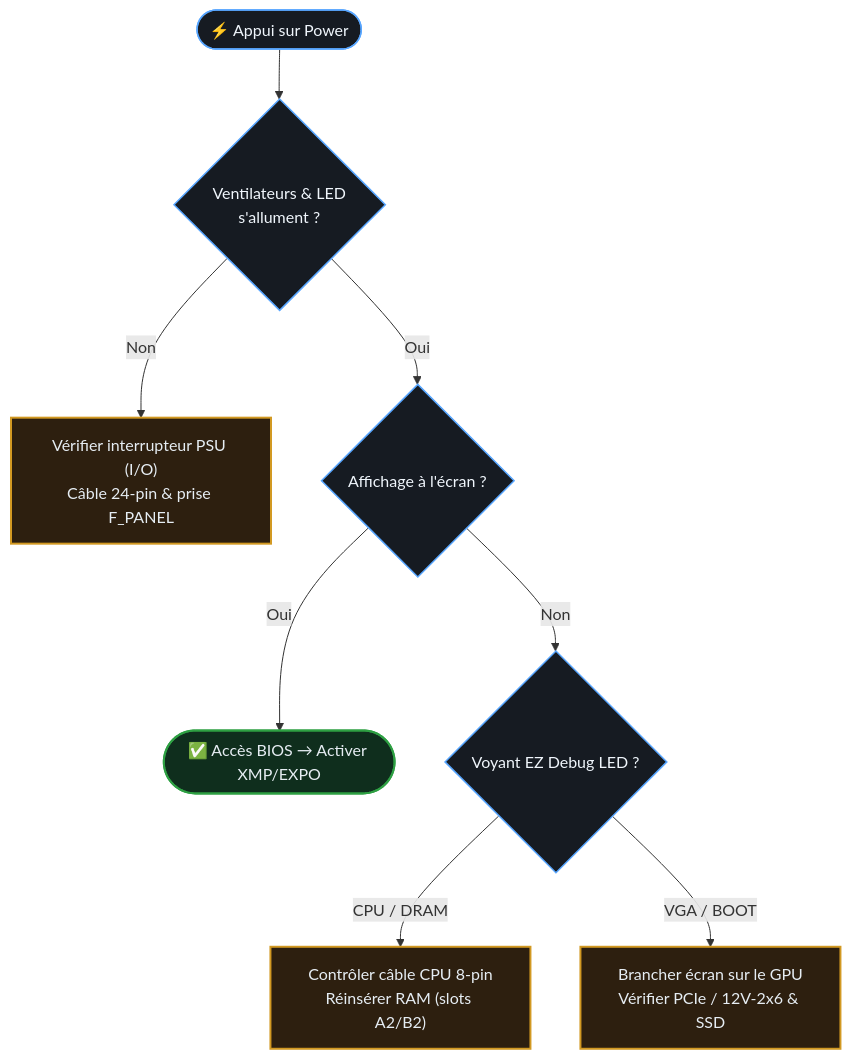
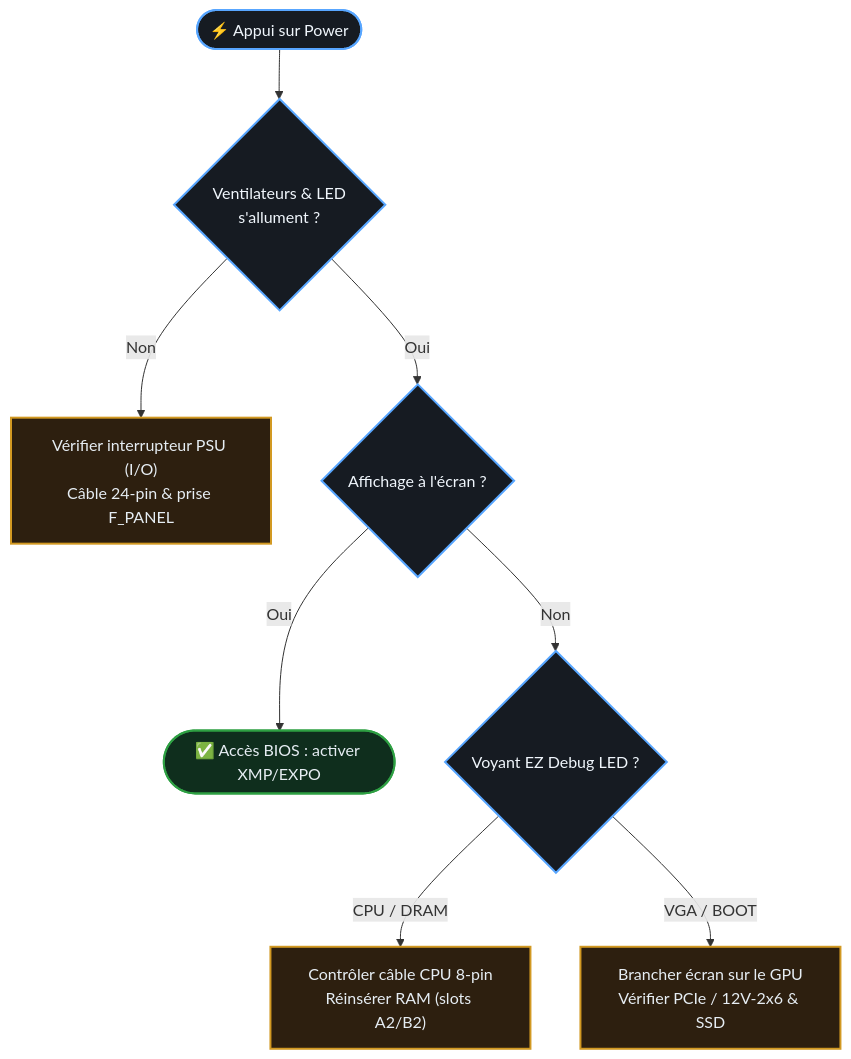
The third of 3 diagrams in README.md (teremuhamblin/PCperso), drawn with Mermaid before and after one commit. The commit also changed other lines of this file, not shown here.

````diff
--- a/README.md
+++ b/README.md
@@ -177,17 +177,17 @@
 ```mermaid
 flowchart TD
     S(["⚡ Appui sur Power"]) --> P{"Ventilateurs & LED<br/>s'allument ?"}
-    P -- Non --> P1["Vérifier interrupteur PSU (I/O)<br/>Câble 24-pin & prise F_PANEL"]
-    P -- Oui --> D{"Affichage à l'écran ?"}
-    D -- Oui --> OK(["✅ Accès BIOS → Activer XMP/EXPO"])
-    D -- Non --> D1{"Voyant EZ Debug LED ?"}
-    D1 -- "CPU / DRAM" --> D2["Contrôler câble CPU 8-pin<br/>Réinsérer RAM (slots A2/B2)"]
-    D1 -- "VGA / BOOT" --> D3["Brancher écran sur le GPU<br/>Vérifier PCIe / 12V-2x6 & SSD"]
+    P -->|Non| P1["Vérifier interrupteur PSU (I/O)<br/>Câble 24-pin & prise F_PANEL"]
+    P -->|Oui| D{"Affichage à l'écran ?"}
+    D -->|Oui| OK(["✅ Accès BIOS : activer XMP/EXPO"])
+    D -->|Non| D1{"Voyant EZ Debug LED ?"}
+    D1 -->|"CPU / DRAM"| D2["Contrôler câble CPU 8-pin<br/>Réinsérer RAM (slots A2/B2)"]
+    D1 -->|"VGA / BOOT"| D3["Brancher écran sur le GPU<br/>Vérifier PCIe / 12V-2x6 & SSD"]
 
-    classDef ok fill:#0f2e1d,stroke:#2ea043,stroke-width:2px,color:#e6edf3;
-    classDef warn fill:#2d1f0f,stroke:#d29922,stroke-width:2px,color:#e6edf3;
-    classDef base fill:#161b22,stroke:#58a6ff,stroke-width:1.5px,color:#f0f6fc;
-    class OK ok;
-    class P1,D2,D3 warn;
-    class S,P,D,D1 base;
+    classDef ok fill:#0f2e1d,stroke:#2ea043,stroke-width:2px,color:#e6edf3
+    classDef warn fill:#2d1f0f,stroke:#d29922,stroke-width:2px,color:#e6edf3
+    classDef base fill:#161b22,stroke:#58a6ff,stroke-width:2px,color:#f0f6fc
+    class OK ok
+    class P1,D2,D3 warn
+    class S,P,D,D1 base
 ```
````
